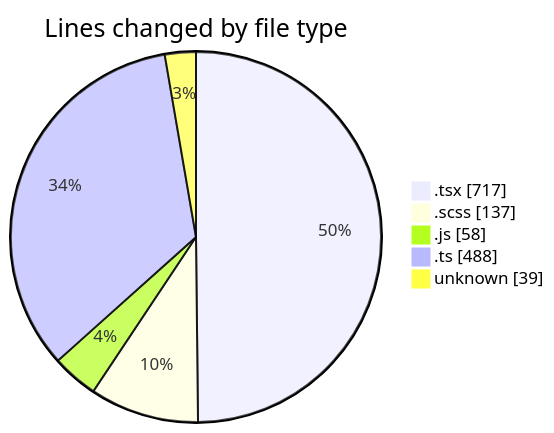
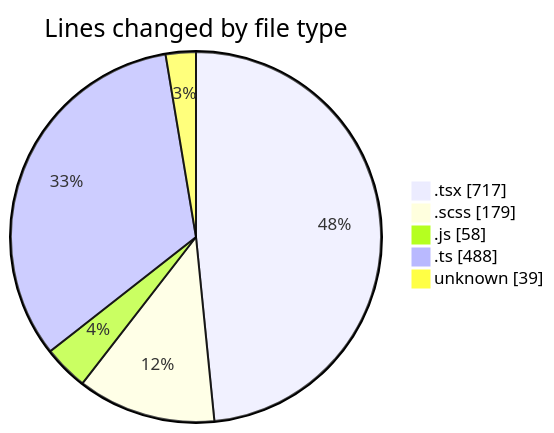
One commit to momahboobian/code-tracking changed the first of 2 diagrams in 2025-05-02/cda/README.md. Above: the diagram before and after it, drawn with Mermaid. The commit also changed other lines of this file and 1 other file, not shown here.

````diff
--- a/2025-05-02/cda/README.md
+++ b/2025-05-02/cda/README.md
@@ -28,9 +28,9 @@
 ```mermaid
 pie showData
 title Lines changed by file type
 ".tsx" : 717
-".scss" : 137
+".scss" : 179
 ".js" : 58
 ".ts" : 488
 "unknown" : 39
 ```
````
